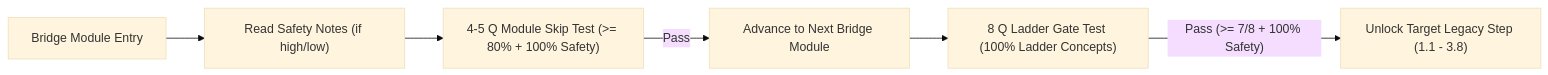
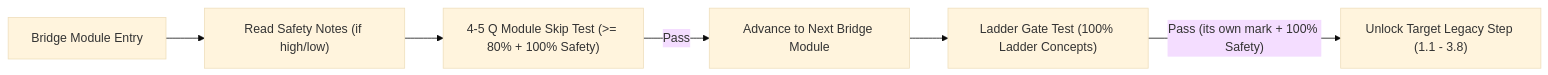
One commit to TLE47/Mechatronics-Roadmap changed the diagram in docs/ASSESSMENTS.md. Above: the diagram before and after it, drawn with Mermaid (base theme). The commit also changed other lines of this file and 100 other files, not shown here.

````diff
--- a/docs/ASSESSMENTS.md
+++ b/docs/ASSESSMENTS.md
@@ -9,8 +9,8 @@
 ```mermaid
 flowchart LR
     A["Bridge Module Entry"] --> B["Read Safety Notes (if high/low)"]
     B --> C["4-5 Q Module Skip Test (>= 80% + 100% Safety)"]
     C -->|"Pass"| D["Advance to Next Bridge Module"]
-    D --> E["8 Q Ladder Gate Test (100% Ladder Concepts)"]
-    E -->|"Pass (>= 7/8 + 100% Safety)"| F["Unlock Target Legacy Step (1.1 - 3.8)"]
+    D --> E["Ladder Gate Test (100% Ladder Concepts)"]
+    E -->|"Pass (its own mark + 100% Safety)"| F["Unlock Target Legacy Step (1.1 - 3.8)"]
 ```
````
